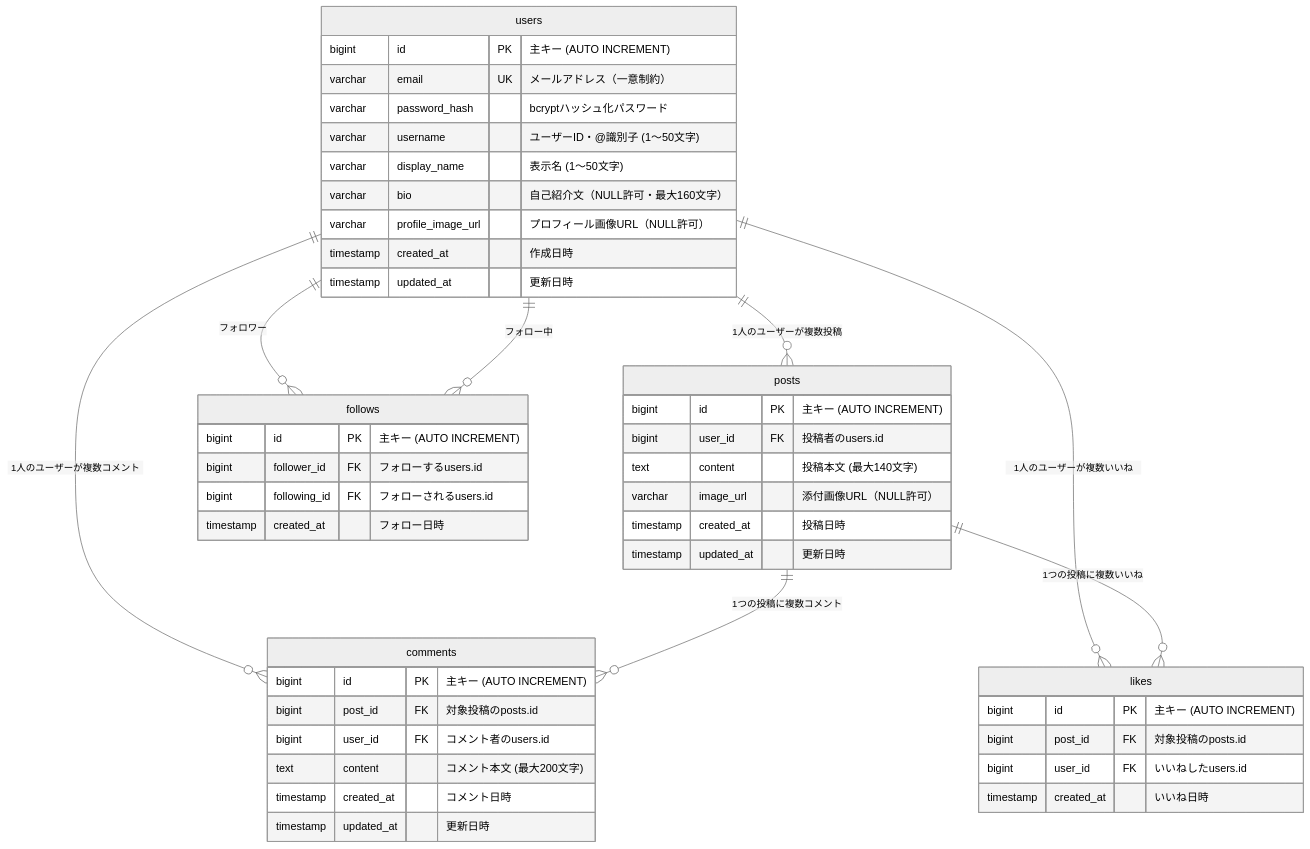
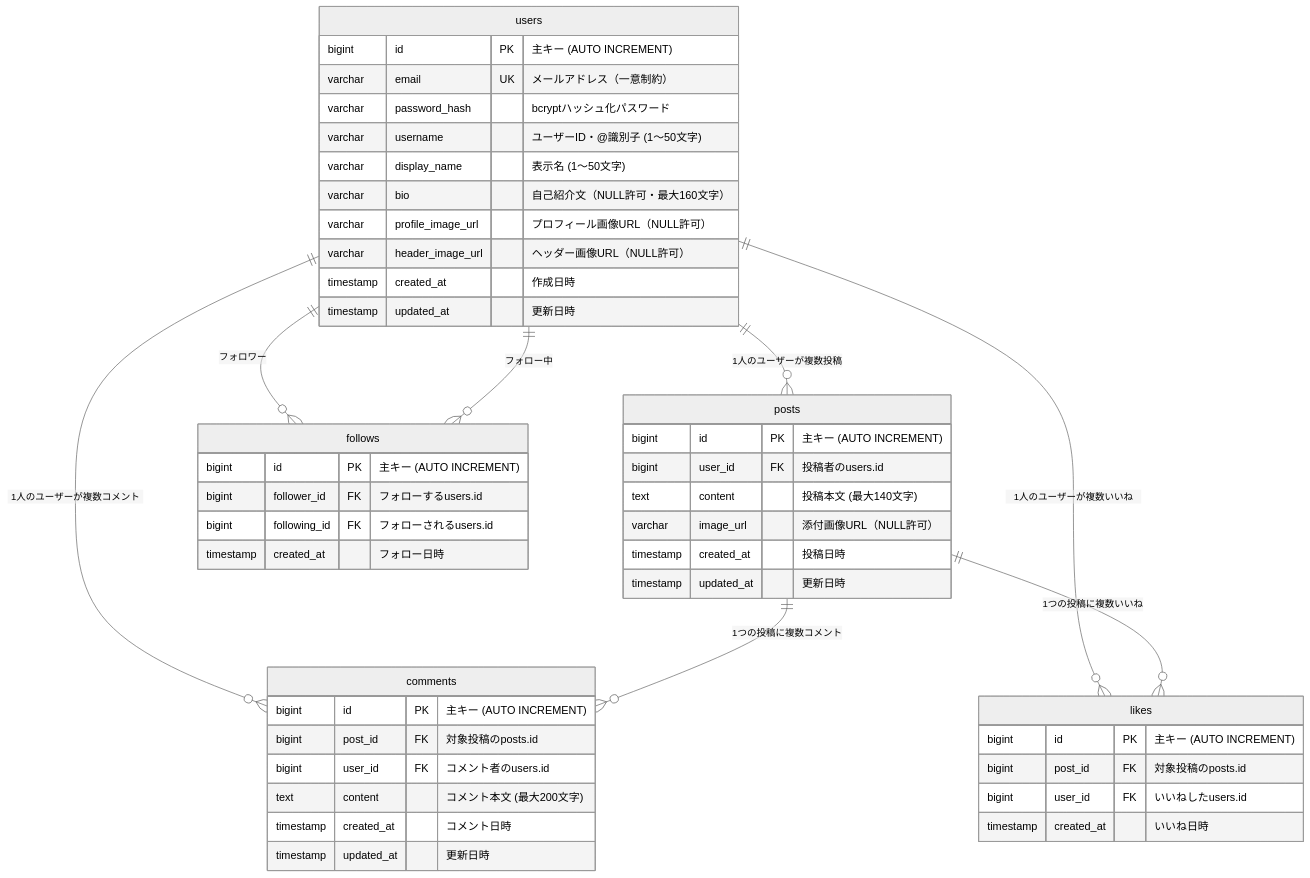
The diagram in docs/06_データ設計.md (saku-day1/RaiseTimeLine), drawn with Mermaid (neutral theme) before and after one commit. The commit also changed other lines of this file and 15 other files, not shown here.

````diff
--- a/docs/06_データ設計.md
+++ b/docs/06_データ設計.md
@@ -14,54 +14,55 @@
 ```mermaid
 erDiagram
     users {
         bigint id PK "主キー (AUTO INCREMENT)"
         varchar email UK "メールアドレス（一意制約）"
         varchar password_hash "bcryptハッシュ化パスワード"
         varchar username "ユーザーID・@識別子 (1〜50文字)"
         varchar display_name "表示名 (1〜50文字)"
         varchar bio "自己紹介文（NULL許可・最大160文字）"
         varchar profile_image_url "プロフィール画像URL（NULL許可）"
+        varchar header_image_url "ヘッダー画像URL（NULL許可）"
         timestamp created_at "作成日時"
         timestamp updated_at "更新日時"
     }
 
     posts {
         bigint id PK "主キー (AUTO INCREMENT)"
         bigint user_id FK "投稿者のusers.id"
         text content "投稿本文 (最大140文字)"
         varchar image_url "添付画像URL（NULL許可）"
         timestamp created_at "投稿日時"
         timestamp updated_at "更新日時"
     }
 
     comments {
         bigint id PK "主キー (AUTO INCREMENT)"
         bigint post_id FK "対象投稿のposts.id"
         bigint user_id FK "コメント者のusers.id"
         text content "コメント本文 (最大200文字)"
         timestamp created_at "コメント日時"
         timestamp updated_at "更新日時"
     }
 
     likes {
         bigint id PK "主キー (AUTO INCREMENT)"
         bigint post_id FK "対象投稿のposts.id"
         bigint user_id FK "いいねしたusers.id"
         timestamp created_at "いいね日時"
     }
 
     follows {
         bigint id PK "主キー (AUTO INCREMENT)"
         bigint follower_id FK "フォローするusers.id"
         bigint following_id FK "フォローされるusers.id"
         timestamp created_at "フォロー日時"
     }
 
     users ||--o{ posts : "1人のユーザーが複数投稿"
     users ||--o{ comments : "1人のユーザーが複数コメント"
     users ||--o{ likes : "1人のユーザーが複数いいね"
     users ||--o{ follows : "フォロワー"
     users ||--o{ follows : "フォロー中"
     posts ||--o{ comments : "1つの投稿に複数コメント"
     posts ||--o{ likes : "1つの投稿に複数いいね"
 ```
````
